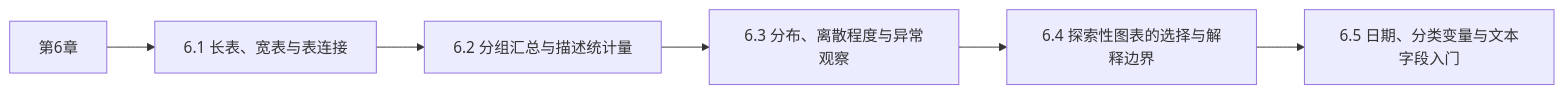
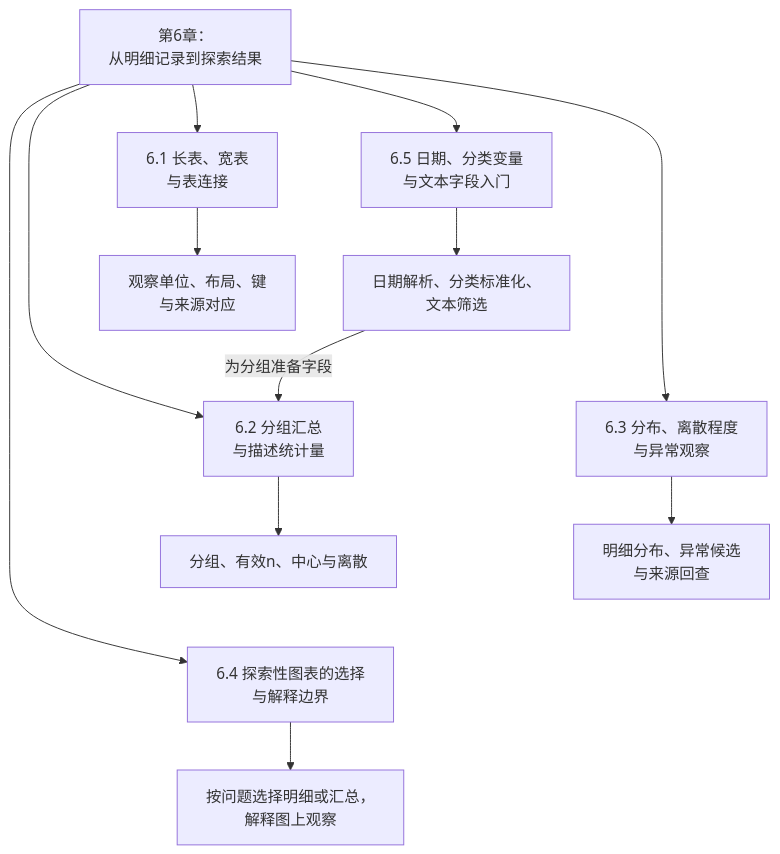
Before and after one commit to luvega/AI_MED_DataVis: the third of 3 diagrams in docs/chapters/chapter-6/index.md, drawn with Mermaid. The commit also changed other lines of this file and 30 other files, not shown here.

Commit message:
Redraw textbook diagrams and correct data-flow relationships

````diff
--- a/docs/chapters/chapter-6/index.md
+++ b/docs/chapters/chapter-6/index.md
@@ -767,8 +766,18 @@
 ```mermaid
-flowchart LR
-  R["第6章"] --> N1["6.1 长表、宽表与表连接"]
-  N1["6.1 长表、宽表与表连接"] --> N2["6.2 分组汇总与描述统计量"]
-  N2["6.2 分组汇总与描述统计量"] --> N3["6.3 分布、离散程度与异常观察"]
-  N3["6.3 分布、离散程度与异常观察"] --> N4["6.4 探索性图表的选择与解释边界"]
-  N4["6.4 探索性图表的选择与解释边界"] --> N5["6.5 日期、分类变量与文本字段入门"]
+flowchart TD
+  R["第6章：<br/>从明细记录到探索结果"] --> N1["6.1 长表、宽表<br/>与表连接"]
+  R --> N2["6.2 分组汇总<br/>与描述统计量"]
+  R --> N3["6.3 分布、离散程度<br/>与异常观察"]
+  R --> N4["6.4 探索性图表的选择<br/>与解释边界"]
+  R --> N5["6.5 日期、分类变量<br/>与文本字段入门"]
+  N1 --> K1["观察单位、布局、键<br/>与来源对应"]
+  N2 --> K2["分组、有效n、中心与离散"]
+  N3 --> K3["明细分布、异常候选<br/>与来源回查"]
+  N4 --> K4["按问题选择明细或汇总，<br/>解释图上观察"]
+  N5 --> K5["日期解析、分类标准化、<br/>文本筛选"]
+  K5 -->|为分组准备字段| N2
+  K1 ~~~ N2
+  K5 ~~~ N3
+  K2 ~~~ N4
+  K3 ~~~ N4
 ```
````
